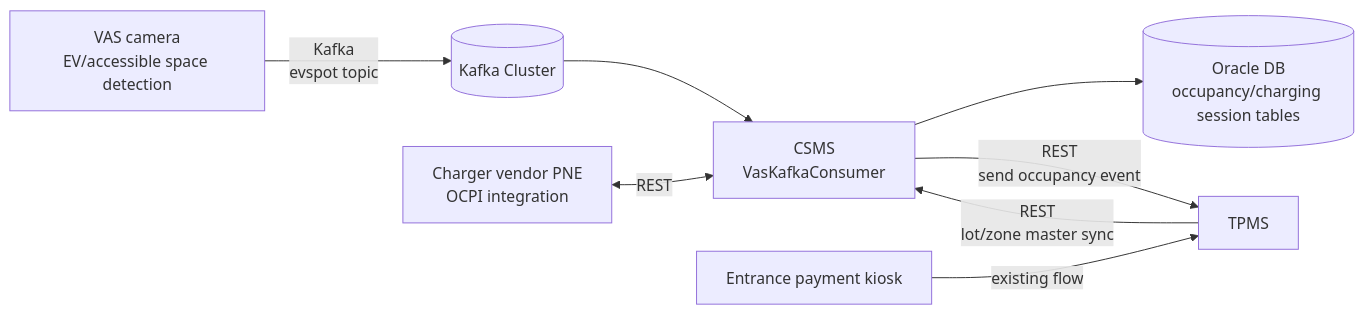
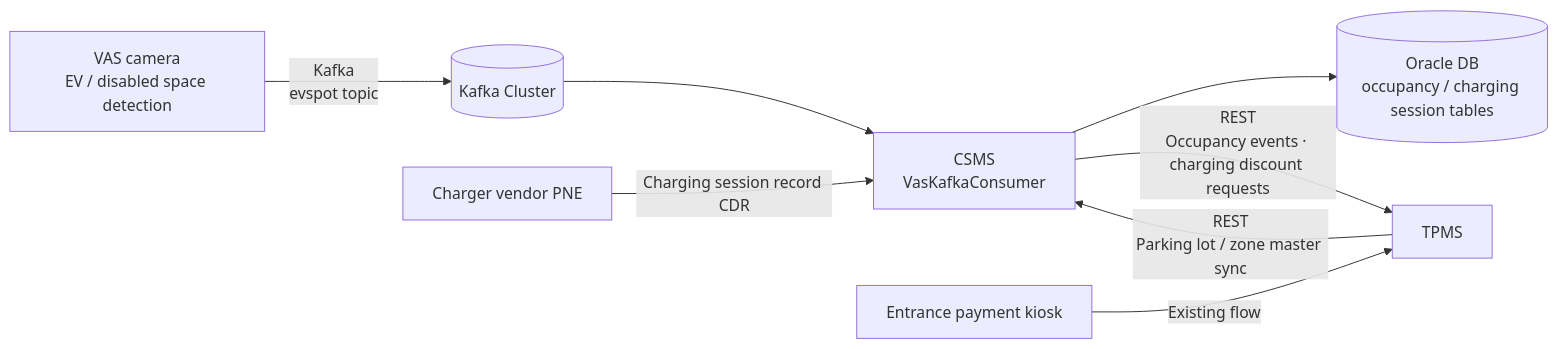
One commit to scourge1100/neverland changed the first of 4 diagrams in content/en/projects/bucheon-csms.md. Above: the diagram before and after it, drawn with Mermaid. The commit also changed other lines of this file and 1 other file, not shown here.

Commit message:
부천 CSMS 문서 보강: 충전 세션(CDR) 정합성 처리, 감리 대응, 역할 표현 수정 (한/영)

````diff
--- a/content/en/projects/bucheon-csms.md
+++ b/content/en/projects/bucheon-csms.md
@@ -53,10 +54,10 @@
 ```mermaid
 flowchart LR
-    VAS[VAS camera\nEV/accessible space detection] -->|Kafka\nevspot topic| K[(Kafka Cluster)]
+    VAS[VAS camera\nEV / disabled space detection] -->|Kafka\nevspot topic| K[(Kafka Cluster)]
     K --> C[CSMS\nVasKafkaConsumer]
-    C --> DB[(Oracle DB\noccupancy/charging session tables)]
-    C -->|REST\nsend occupancy event| T[TPMS]
-    T -->|REST\nlot/zone master sync| C
-    PNE[Charger vendor PNE\nOCPI integration] <-->|REST| C
-    Entry[Entrance payment kiosk] -->|existing flow| T
+    PNE[Charger vendor PNE] -->|Charging session record CDR| C
+    C --> DB[(Oracle DB\noccupancy / charging session tables)]
+    C -->|REST\nOccupancy events · charging discount requests| T[TPMS]
+    T -->|REST\nParking lot / zone master sync| C
+    Entry[Entrance payment kiosk] -->|Existing flow| T
 ```
````
